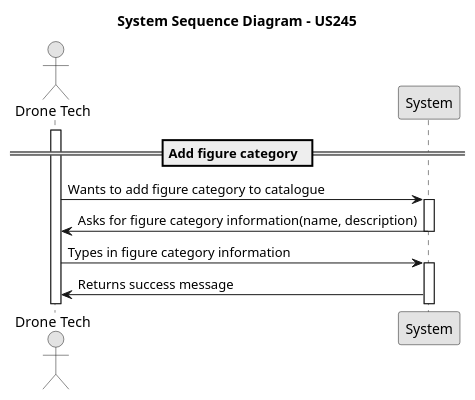
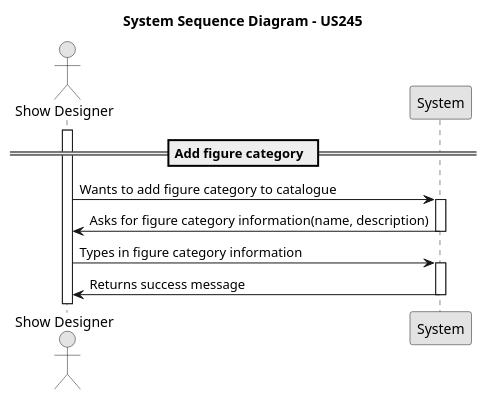
The diagram in docs/Sprint2/us_245/diagrams/system-sequence-diagram-US245.puml (rubenFreitas1/ISEP-LAPR4-2024-2025), drawn with PlantUML before and after one commit. The commit also changed 6 other files, not shown here.

```diff
--- a/docs/Sprint2/us_245/diagrams/system-sequence-diagram-US245.puml
+++ b/docs/Sprint2/us_245/diagrams/system-sequence-diagram-US245.puml
@@ -1,28 +1,30 @@
 @startuml
 skinparam monochrome true
 skinparam packageStyle rectangle
 skinparam shadowing false
 
-actor "Drone Tech" as droneTech
+actor "Show Designer" as showDesigner
 participant "System" as system
 
 title System Sequence Diagram - US245
 
 == Add figure category  ==
-activate droneTech
+activate showDesigner
 
-droneTech -> system : Wants to add figure category to catalogue
+showDesigner -> system : Wants to add figure category to catalogue
 activate system
 
-system -> droneTech : Asks for figure category information(name, description)
+system -> showDesigner : Asks for figure category information(name, description)
 deactivate system
-droneTech -> system : Types in figure category information
 
+showDesigner -> system : Types in figure category information
 activate system
-system -> droneTech : Returns success message
+
+system -> showDesigner : Returns success message
+deactivate system
 
 
 
 
 
 @enduml
```
